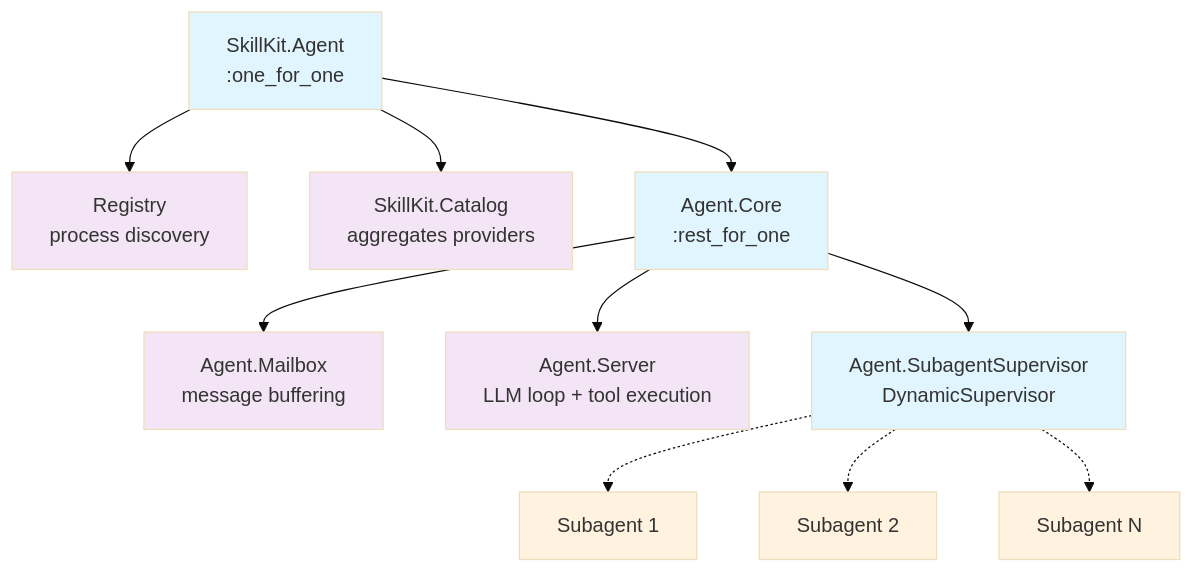
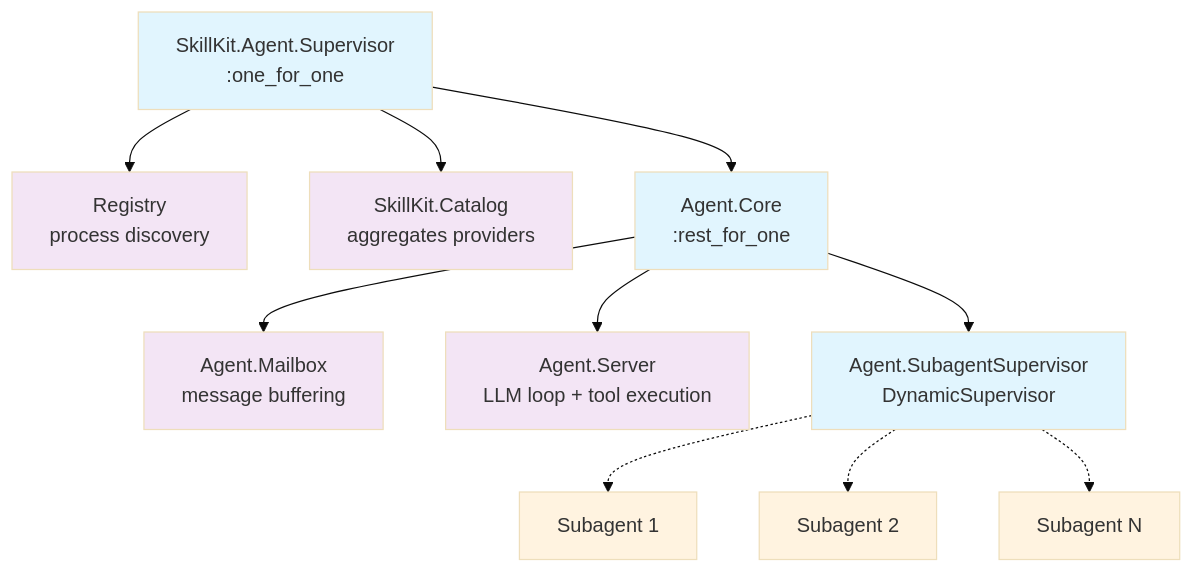
Before and after one commit to paper-crow/skill_kit: the first of 2 diagrams in guides/architecture.md, drawn with Mermaid (base theme). The commit also changed other lines of this file and 4 other files, not shown here.

````diff
--- a/guides/architecture.md
+++ b/guides/architecture.md
@@ -39,22 +68,22 @@
 ```mermaid
 graph TD
-    A[SkillKit.Agent<br/>:one_for_one] --> B[Registry<br/>process discovery]
+    A[SkillKit.Agent.Supervisor<br/>:one_for_one] --> B[Registry<br/>process discovery]
     A --> C[SkillKit.Catalog<br/>aggregates providers]
     A --> D[Agent.Core<br/>:rest_for_one]
     
     D --> E[Agent.Mailbox<br/>message buffering]
     D --> F[Agent.Server<br/>LLM loop + tool execution]
     D --> G[Agent.SubagentSupervisor<br/>DynamicSupervisor]
     
     G -.-> H[Subagent 1]
     G -.-> I[Subagent 2]
     G -.-> J[Subagent N]
     
     classDef supervisor fill:#e1f5fe
     classDef worker fill:#f3e5f5
     classDef dynamic fill:#fff3e0
     
     class A,D,G supervisor
     class B,C,E,F worker
     class H,I,J dynamic
 ```
````
